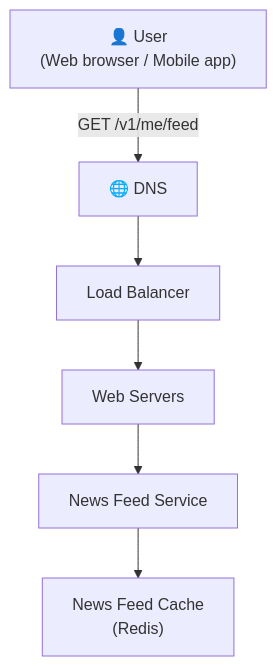
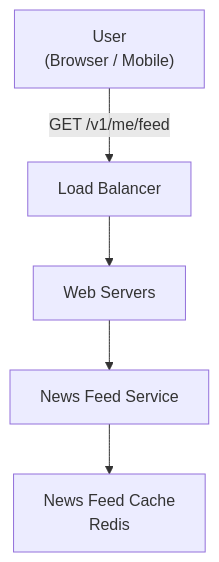
Before and after one commit to Arnavjain1703/HLD: the second of 9 diagrams in news-feed-system-design.md, drawn with Mermaid. The commit also changed other lines of this file, not shown here.

````diff
--- a/news-feed-system-design.md
+++ b/news-feed-system-design.md
@@ -102,15 +100,13 @@
 ```mermaid
 flowchart TD
-    User["👤 User\n(Web browser / Mobile app)"]
-    DNS["🌐 DNS"]
+    User["User<br/>(Browser / Mobile)"]
     LB["Load Balancer"]
     WS["Web Servers"]
     NFS["News Feed Service"]
-    NFC["News Feed Cache\n(Redis)"]
+    NFC["News Feed Cache<br/>Redis"]
 
-    User -->|GET /v1/me/feed| DNS
-    DNS --> LB
+    User -->|GET /v1/me/feed| LB
     LB --> WS
     WS --> NFS
     NFS --> NFC
 ```
````
